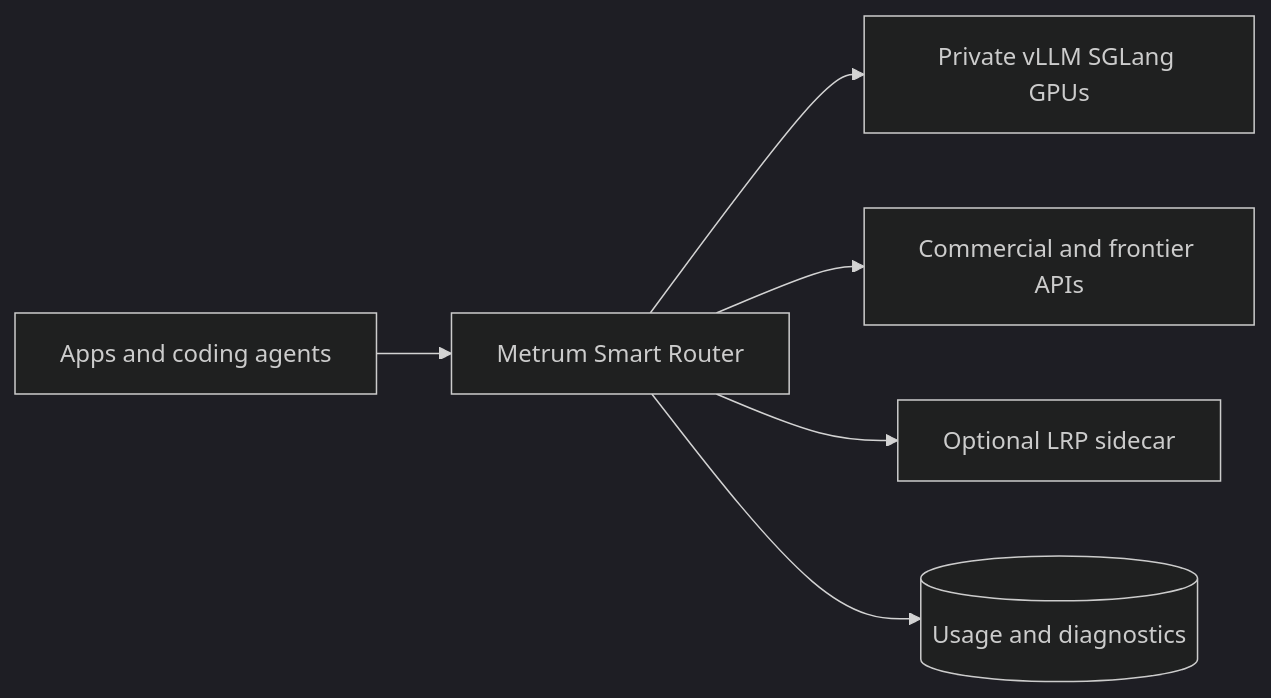
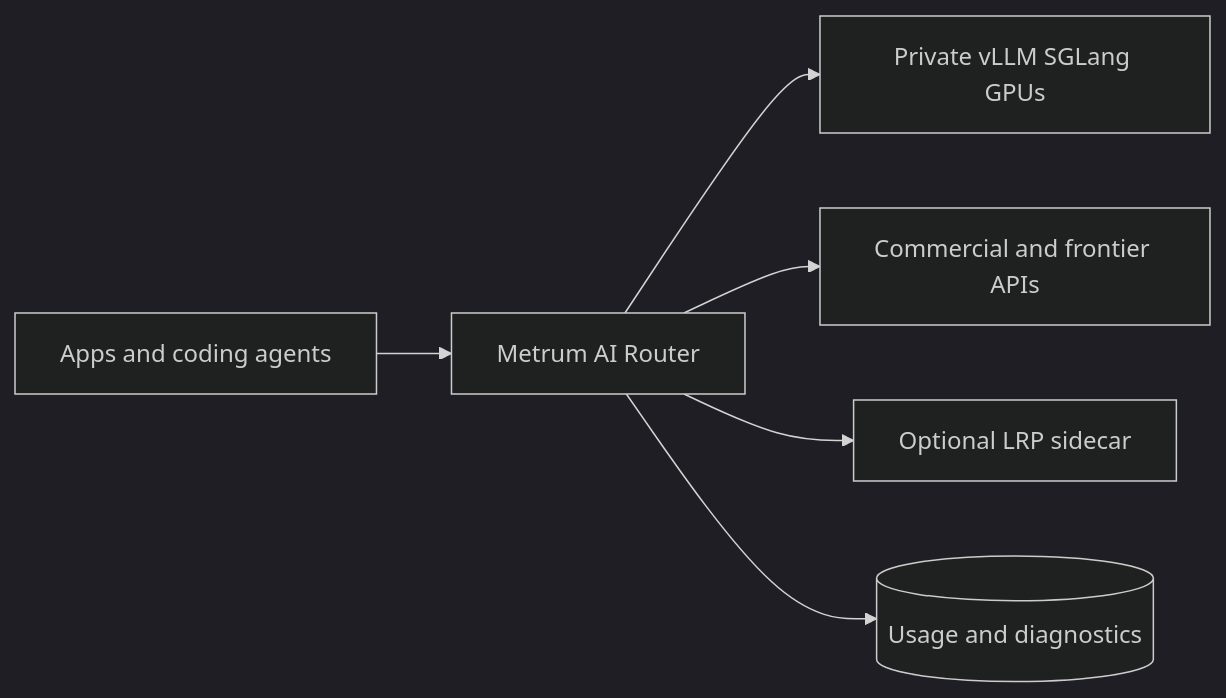
The first of 2 diagrams in docs-site/docs/overview.mdx (Metrum-AI-Products/genai-smart-router), drawn with Mermaid (dark theme) before and after one commit. The commit also changed other lines of this file and 92 other files, not shown here.

First line of the commit message:
docs: converge product name on Metrum AI Router (#120)

````diff
--- a/docs-site/docs/overview.mdx
+++ b/docs-site/docs/overview.mdx
@@ -41,14 +41,14 @@
 ```mermaid
 flowchart LR
   Apps[Apps and coding agents]
-  Router[Metrum Smart Router]
+  Router[Metrum AI Router]
   Priv[Private vLLM SGLang GPUs]
   SaaS[Commercial and frontier APIs]
   LRP[Optional LRP sidecar]
   Usage[(Usage and diagnostics)]
   Apps --> Router
   Router --> Priv
   Router --> SaaS
   Router --> LRP
   Router --> Usage
 ```
````
